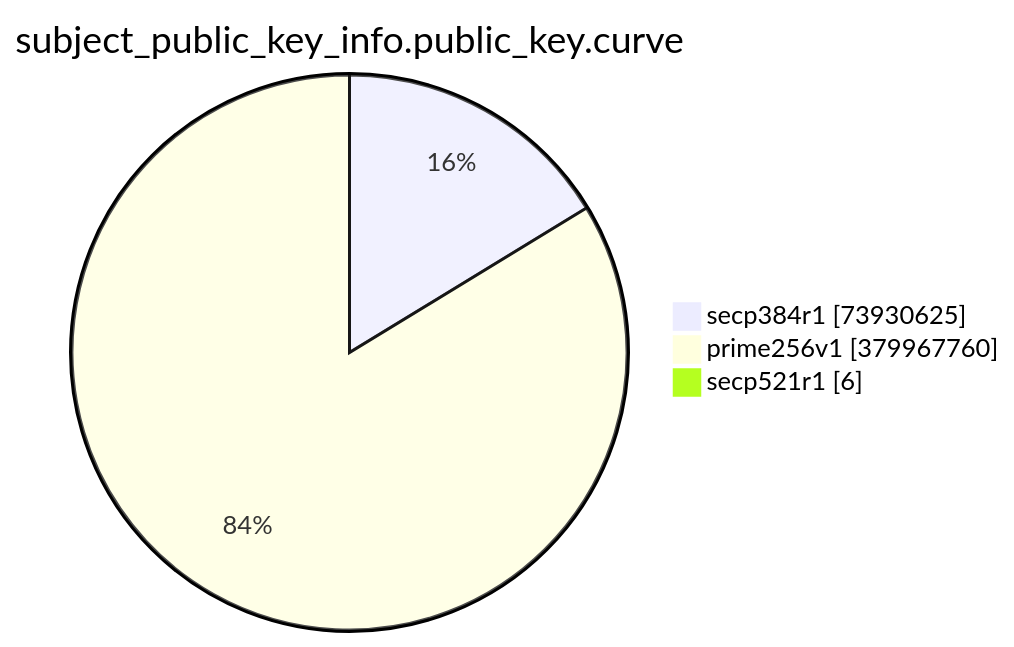
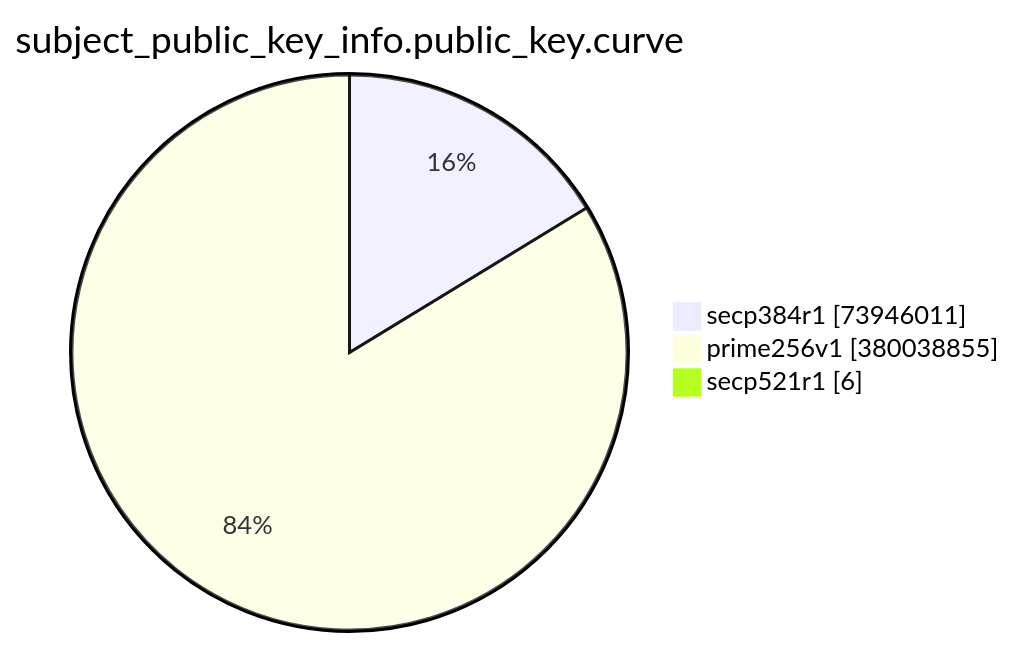
The eighth of 15 diagrams in TOTAL/README.md (christiankrug/ctmonitor_visualization), drawn with Mermaid before and after one commit. The commit also changed other lines of this file, not shown here.

````diff
--- a/TOTAL/README.md
+++ b/TOTAL/README.md
@@ -3094,7 +3094,7 @@
 ```mermaid
 pie showData
 title subject_public_key_info.public_key.curve
-"secp384r1" :73930625
-"prime256v1" :379967760
+"secp384r1" :73946011
+"prime256v1" :380038855
 "secp521r1" :6
 ```
````
